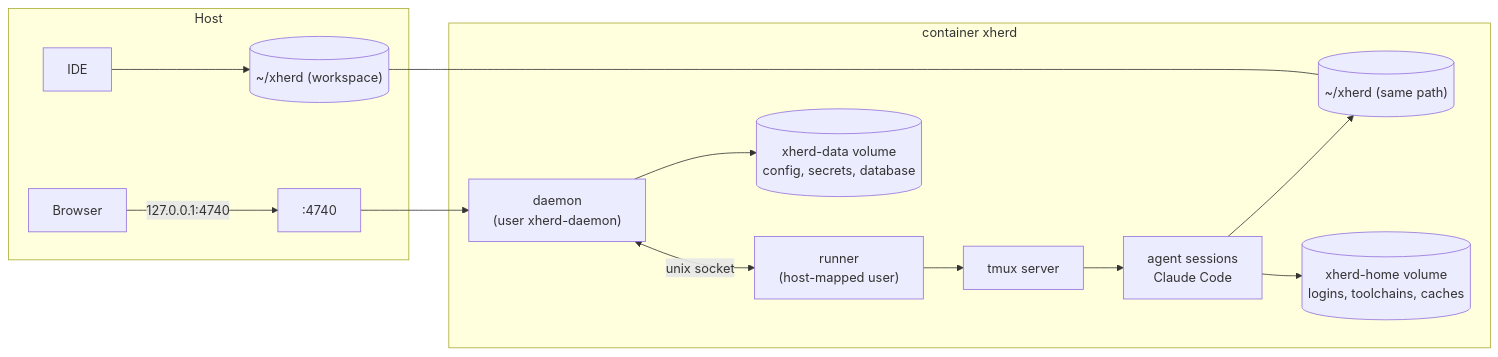
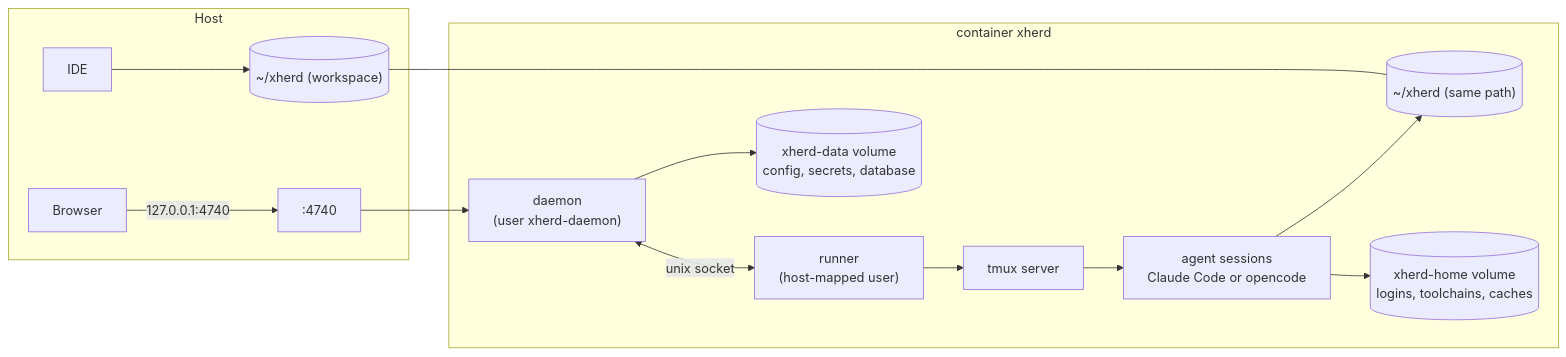
Before and after one commit to xionjames/xherd: the diagram in doc/docker.md, drawn with Mermaid. The commit also changed other lines of this file and 34 other files, not shown here.

First line of the commit message:
opencode runtime: choose an agent's runtime, at parity with Claude Code

````diff
--- a/doc/docker.md
+++ b/doc/docker.md
@@ -7,22 +7,22 @@
 ```mermaid
 flowchart LR
     subgraph Host
         Br[Browser] -->|127.0.0.1:4740| Port
         IDE[IDE]
         WS[("~/xherd (workspace)")]
     end
     subgraph Container["container xherd"]
         Port[":4740"] --> D["daemon<br/>(user xherd-daemon)"]
         D <-->|unix socket| R["runner<br/>(host-mapped user)"]
         R --> TM[tmux server]
-        TM --> AG[agent sessions<br/>Claude Code]
+        TM --> AG[agent sessions<br/>Claude Code or opencode]
         WS2[("~/xherd (same path)")]
         H[(xherd-home volume<br/>logins, toolchains, caches)]
         DD[(xherd-data volume<br/>config, secrets, database)]
     end
     IDE --> WS
     WS --- WS2
     AG --> WS2
     AG --> H
     D --> DD
 ```
````
